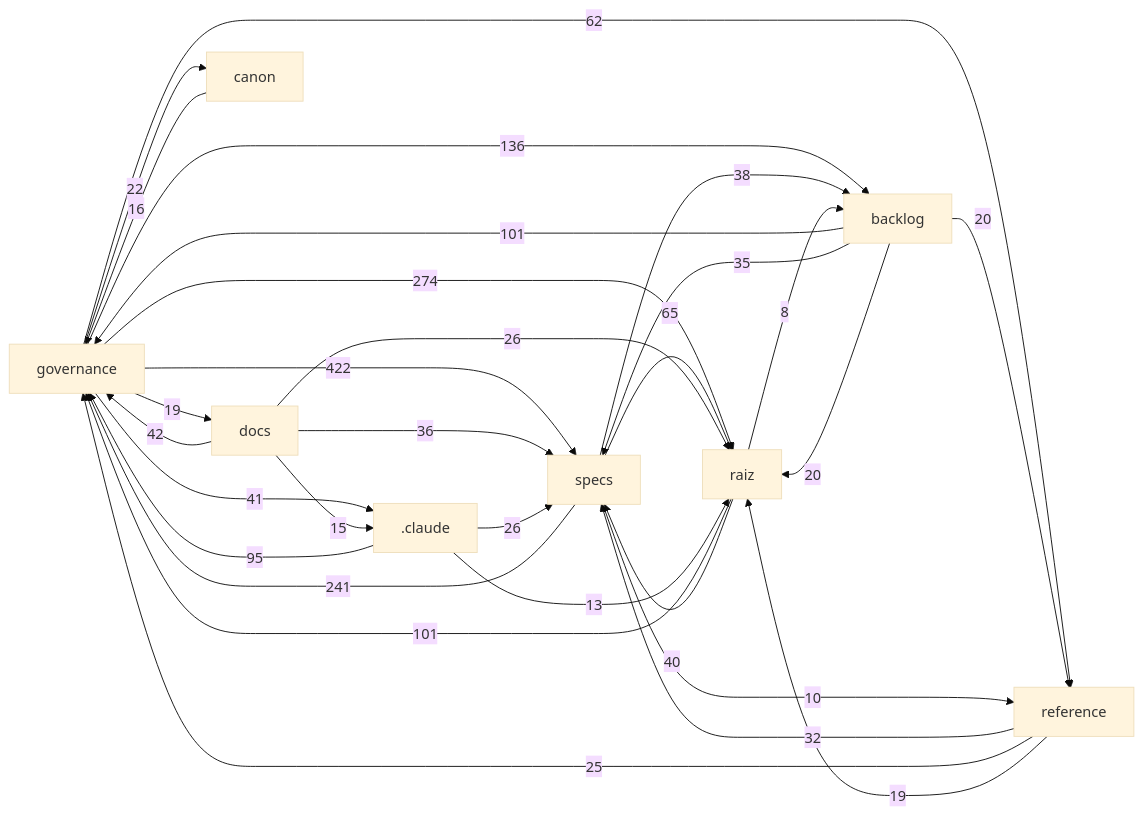
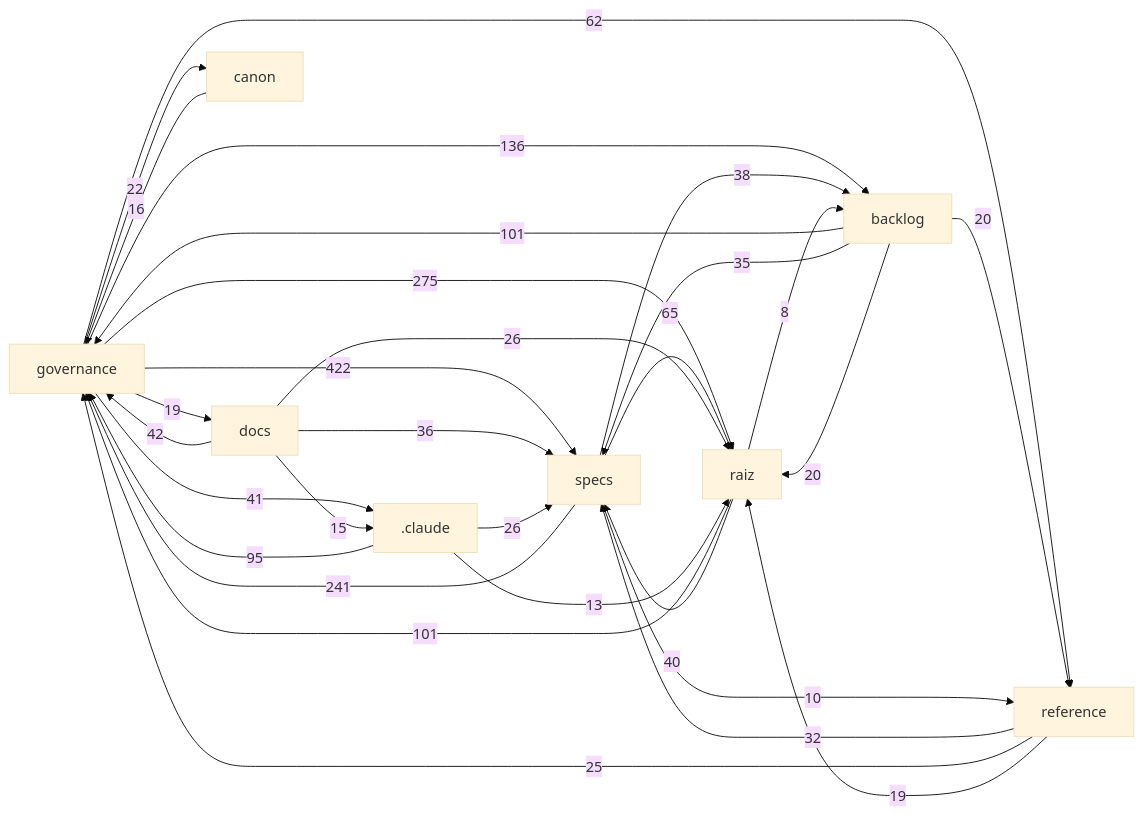
The diagram in docs/mapa/MAPA-PROJETO.md (Andraus35/Sistema-Operacional-de-Trading--SOT), drawn with Mermaid (base theme) before and after one commit. The commit also changed other lines of this file and 3 other files, not shown here.

````diff
--- a/docs/mapa/MAPA-PROJETO.md
+++ b/docs/mapa/MAPA-PROJETO.md
@@ -29,32 +29,32 @@
 ```mermaid
 flowchart LR
   governance["governance"] -->|422| specs["specs"]
-  governance["governance"] -->|274| raiz["raiz"]
+  governance["governance"] -->|275| raiz["raiz"]
   specs["specs"] -->|241| governance["governance"]
   governance["governance"] -->|136| backlog["backlog"]
   raiz["raiz"] -->|101| governance["governance"]
   backlog["backlog"] -->|101| governance["governance"]
   _claude[".claude"] -->|95| governance["governance"]
   specs["specs"] -->|65| raiz["raiz"]
   governance["governance"] -->|62| reference["reference"]
   docs["docs"] -->|42| governance["governance"]
   governance["governance"] -->|41| _claude[".claude"]
   raiz["raiz"] -->|40| specs["specs"]
   specs["specs"] -->|38| backlog["backlog"]
   docs["docs"] -->|36| specs["specs"]
   backlog["backlog"] -->|35| specs["specs"]
   reference["reference"] -->|32| specs["specs"]
   _claude[".claude"] -->|26| specs["specs"]
   docs["docs"] -->|26| raiz["raiz"]
   reference["reference"] -->|25| governance["governance"]
   governance["governance"] -->|22| canon["canon"]
   backlog["backlog"] -->|20| raiz["raiz"]
   backlog["backlog"] -->|20| reference["reference"]
   governance["governance"] -->|19| docs["docs"]
   reference["reference"] -->|19| raiz["raiz"]
   canon["canon"] -->|16| governance["governance"]
   docs["docs"] -->|15| _claude[".claude"]
   _claude[".claude"] -->|13| raiz["raiz"]
   specs["specs"] -->|10| reference["reference"]
   raiz["raiz"] -->|8| backlog["backlog"]
 ```
````
